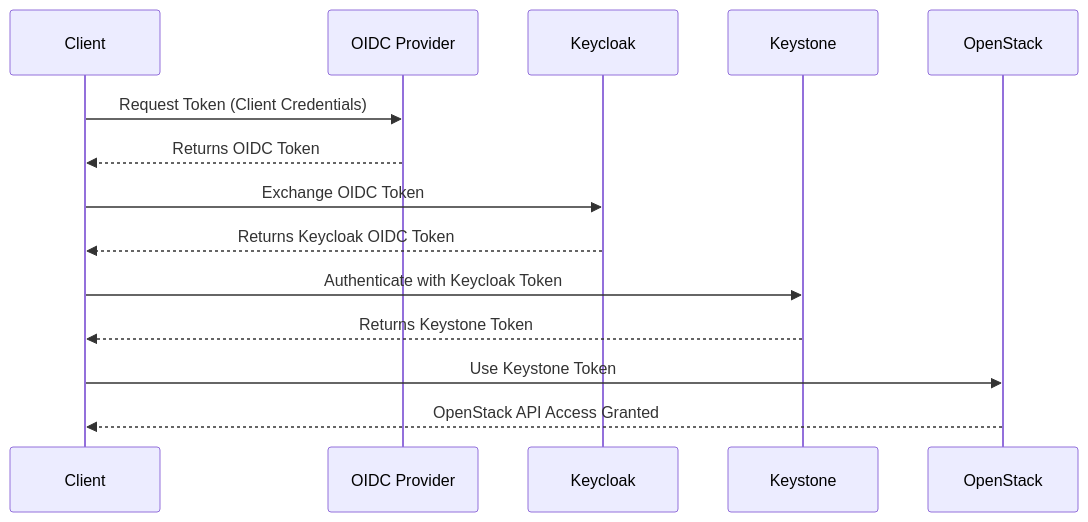
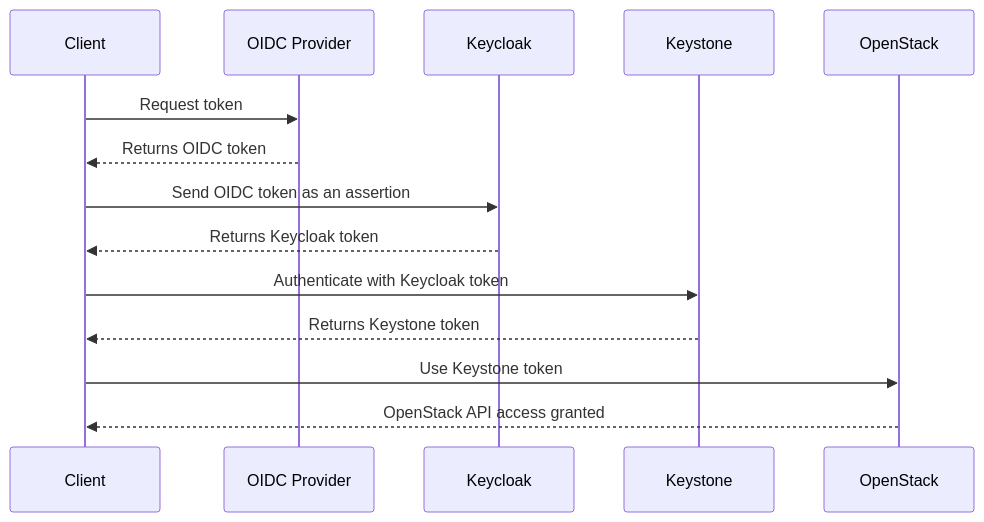
The diagram in doc/source/user/auth.rst (vexxhost/atmosphere), drawn with Mermaid before and after one commit. The commit also changed other lines of this file and 46 other files, not shown here.

```diff
--- a/doc/source/user/auth.rst
+++ b/doc/source/user/auth.rst
@@ -17,22 +26,22 @@
 .. mermaid::
    :align: center
    :config: {"theme": "dark"}
 
    sequenceDiagram
        participant Client
        participant OIDC Provider
        participant Keycloak
        participant Keystone
        participant OpenStack
 
-       Client->>OIDC Provider: Request Token (Client Credentials)
-       OIDC Provider-->>Client: Returns OIDC Token
+       Client->>OIDC Provider: Request token
+       OIDC Provider-->>Client: Returns OIDC token
 
-       Client->>Keycloak: Exchange OIDC Token
-       Keycloak-->>Client: Returns Keycloak OIDC Token
+       Client->>Keycloak: Send OIDC token as an assertion
+       Keycloak-->>Client: Returns Keycloak token
 
-       Client->>Keystone: Authenticate with Keycloak Token
-       Keystone-->>Client: Returns Keystone Token
+       Client->>Keystone: Authenticate with Keycloak token
+       Keystone-->>Client: Returns Keystone token
 
-       Client->>OpenStack: Use Keystone Token
-       OpenStack-->>Client: OpenStack API Access Granted
+       Client->>OpenStack: Use Keystone token
+       OpenStack-->>Client: OpenStack API access granted
```
